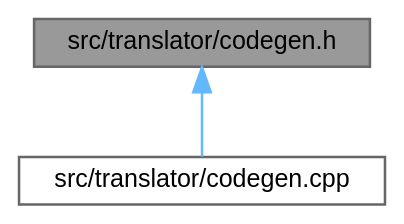
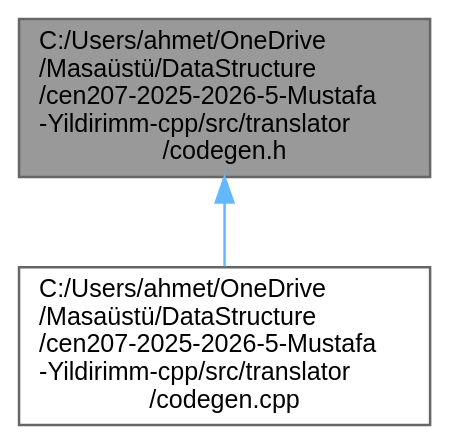
One commit to mustafayldrnn/cen207-2025-2026-5-Mustafa-Yildirimm-cpp changed the diagram in docs/doxygenlibwin/rtf/codegen_8h__dep__incl.dot. Above: the diagram before and after it, drawn with Graphviz. The commit also changed 1110 other files, not shown here.

```diff
--- a/docs/doxygenlibwin/rtf/codegen_8h__dep__incl.dot
+++ b/docs/doxygenlibwin/rtf/codegen_8h__dep__incl.dot
@@ -1,11 +1,11 @@
-digraph "src/translator/codegen.h"
+digraph "C:/Users/ahmet/OneDrive/Masaüstü/DataStructure/cen207-2025-2026-5-Mustafa-Yildirimm-cpp/src/translator/codegen.h"
 {
  // INTERACTIVE_SVG=YES
  // LATEX_PDF_SIZE
   bgcolor="transparent";
   edge [fontname=Helvetica,fontsize=10,labelfontname=Helvetica,labelfontsize=10];
   node [fontname=Helvetica,fontsize=10,shape=box,height=0.2,width=0.4];
-  Node1 [id="Node000001",label="src/translator/codegen.h",height=0.2,width=0.4,color="gray40", fillcolor="grey60", style="filled", fontcolor="black",tooltip="AST'ten C++ kodu üretimi için arabirim."];
+  Node1 [id="Node000001",label="C:/Users/ahmet/OneDrive\l/Masaüstü/DataStructure\l/cen207-2025-2026-5-Mustafa\l-Yildirimm-cpp/src/translator\l/codegen.h",height=0.2,width=0.4,color="gray40", fillcolor="grey60", style="filled", fontcolor="black",tooltip="AST'ten C++ kodu üretimi için arabirim."];
   Node1 -> Node2 [id="edge3_Node000001_Node000002",dir="back",color="steelblue1",style="solid",tooltip=" "];
-  Node2 [id="Node000002",label="src/translator/codegen.cpp",height=0.2,width=0.4,color="grey40", fillcolor="white", style="filled",URL="$codegen_8cpp.html",tooltip="AST'yi C++ kaynak koduna dönüştüren yordamların uygulaması."];
+  Node2 [id="Node000002",label="C:/Users/ahmet/OneDrive\l/Masaüstü/DataStructure\l/cen207-2025-2026-5-Mustafa\l-Yildirimm-cpp/src/translator\l/codegen.cpp",height=0.2,width=0.4,color="grey40", fillcolor="white", style="filled",URL="$codegen_8cpp.html",tooltip="AST'yi C++ kaynak koduna dönüştüren yordamların uygulaması."];
 }
```
